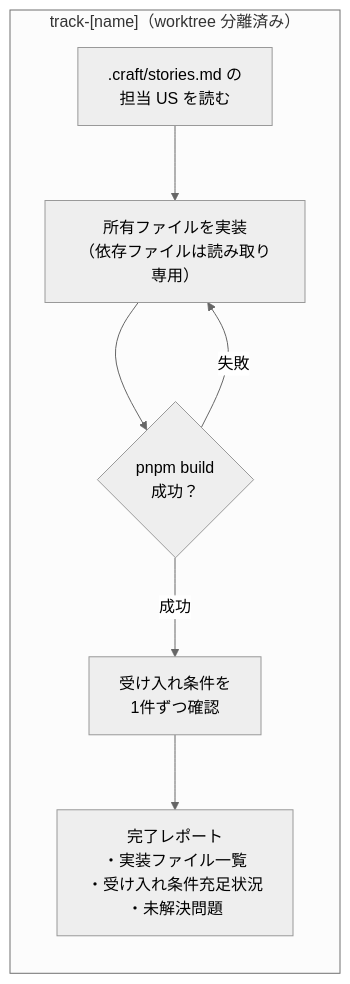
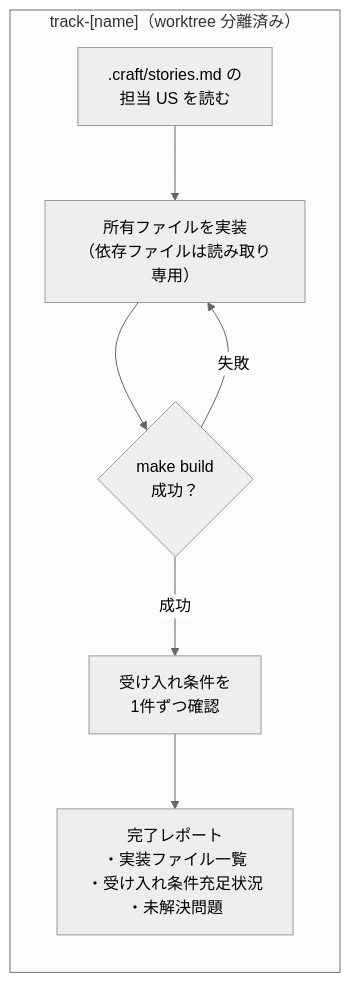
One commit to agaemo/dotfiles changed the second of 2 diagrams in claude/skills/craft/flows/build/README.md. Above: the diagram before and after it, drawn with Mermaid (neutral theme). The commit also changed other lines of this file and 9 other files, not shown here.

````diff
--- a/claude/skills/craft/flows/build/README.md
+++ b/claude/skills/craft/flows/build/README.md
@@ -61,12 +66,12 @@
 ```mermaid
 flowchart LR
     subgraph Track["track-[name]（worktree 分離済み）"]
         direction TB
         R[".craft/stories.md の\n担当 US を読む"]
         R --> I["所有ファイルを実装\n（依存ファイルは読み取り専用）"]
-        I --> B{"pnpm build\n成功？"}
+        I --> B{"make build\n成功？"}
         B -->|失敗| I
         B -->|成功| V["受け入れ条件を\n1件ずつ確認"]
         V --> REP["完了レポート\n・実装ファイル一覧\n・受け入れ条件充足状況\n・未解決問題"]
     end
 ```
````
